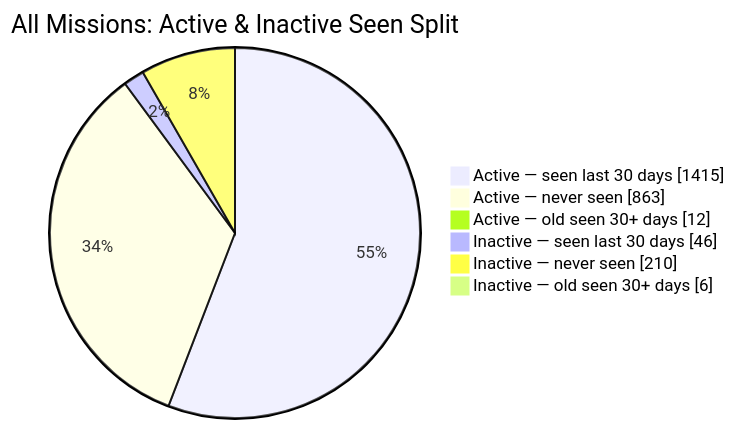
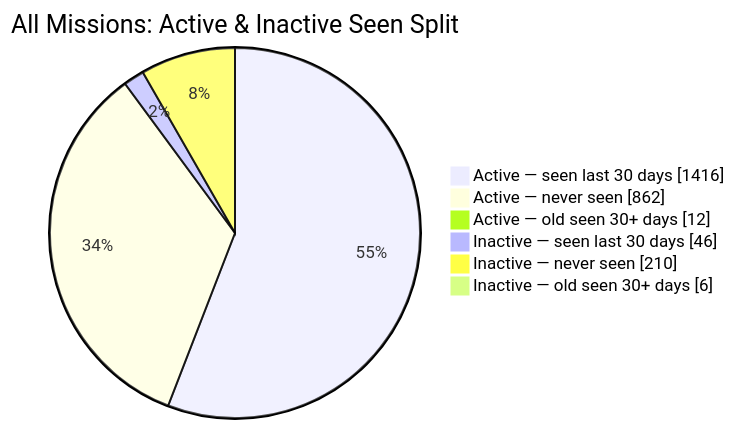
One commit to MeldkamerspelGameTeam/active-missions changed the second of 2 diagrams in README.md. Above: the diagram before and after it, drawn with Mermaid. The commit also changed other lines of this file and 2 other files, not shown here.

````diff
--- a/README.md
+++ b/README.md
@@ -44,10 +44,10 @@
 ```mermaid
 pie showData
     title All Missions: Active & Inactive Seen Split
-    "Active — seen last 30 days" : 1415
-    "Active — never seen" : 863
+    "Active — seen last 30 days" : 1416
+    "Active — never seen" : 862
     "Active — old seen 30+ days" : 12
     "Inactive — seen last 30 days" : 46
     "Inactive — never seen" : 210
     "Inactive — old seen 30+ days" : 6
 ```
````
